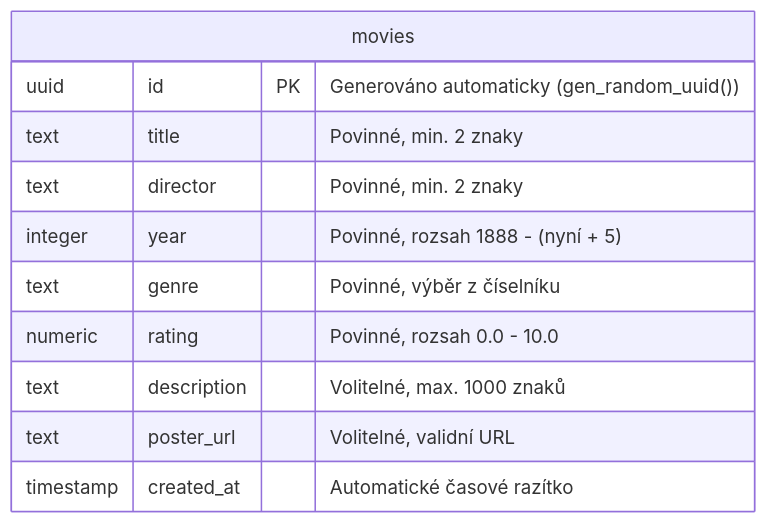
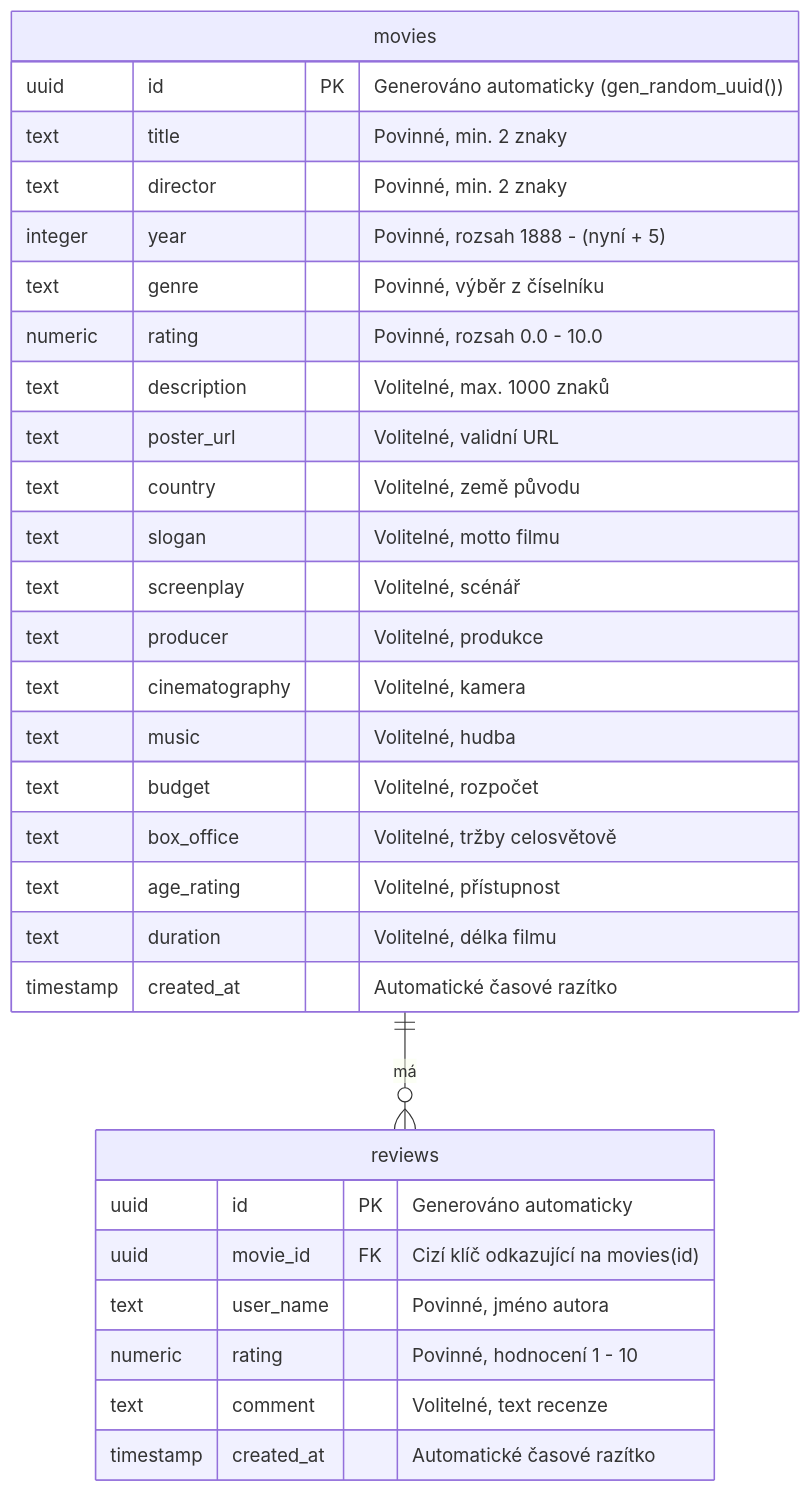
The first of 2 diagrams in CineVault_Dokumentace.md (Volod1aPV/cinevault), drawn with Mermaid before and after one commit. The commit also changed other lines of this file, not shown here.

Commit message:
docs: update CineVault_Dokumentace.md to cover reviews and detailed factsheets

````diff
--- a/CineVault_Dokumentace.md
+++ b/CineVault_Dokumentace.md
@@ -132,14 +131,33 @@
 ```mermaid
 erDiagram
+    movies ||--o{ reviews : "má"
     movies {
         uuid id PK "Generováno automaticky (gen_random_uuid())"
         text title "Povinné, min. 2 znaky"
         text director "Povinné, min. 2 znaky"
         integer year "Povinné, rozsah 1888 - (nyní + 5)"
         text genre "Povinné, výběr z číselníku"
         numeric rating "Povinné, rozsah 0.0 - 10.0"
         text description "Volitelné, max. 1000 znaků"
         text poster_url "Volitelné, validní URL"
+        text country "Volitelné, země původu"
+        text slogan "Volitelné, motto filmu"
+        text screenplay "Volitelné, scénář"
+        text producer "Volitelné, produkce"
+        text cinematography "Volitelné, kamera"
+        text music "Volitelné, hudba"
+        text budget "Volitelné, rozpočet"
+        text box_office "Volitelné, tržby celosvětově"
+        text age_rating "Volitelné, přístupnost"
+        text duration "Volitelné, délka filmu"
+        timestamp created_at "Automatické časové razítko"
+    }
+    reviews {
+        uuid id PK "Generováno automaticky"
+        uuid movie_id FK "Cizí klíč odkazující na movies(id)"
+        text user_name "Povinné, jméno autora"
+        numeric rating "Povinné, hodnocení 1 - 10"
+        text comment "Volitelné, text recenze"
         timestamp created_at "Automatické časové razítko"
     }
 ```
````
